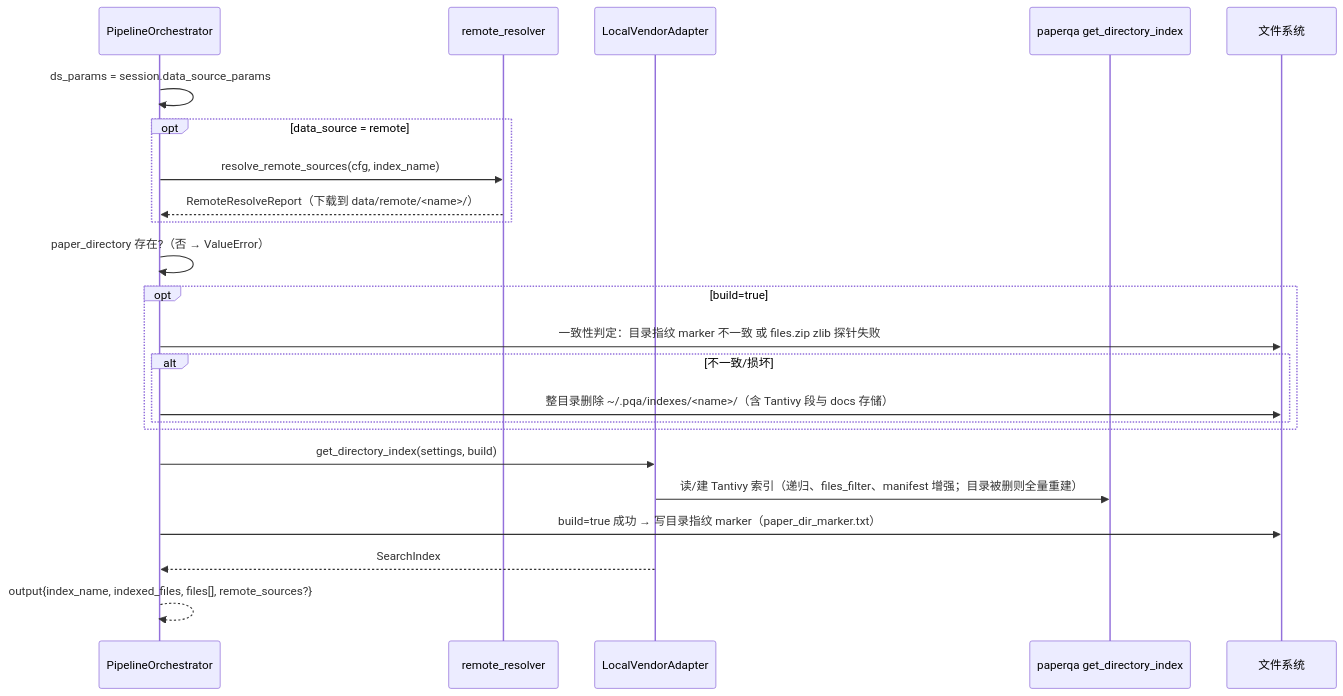
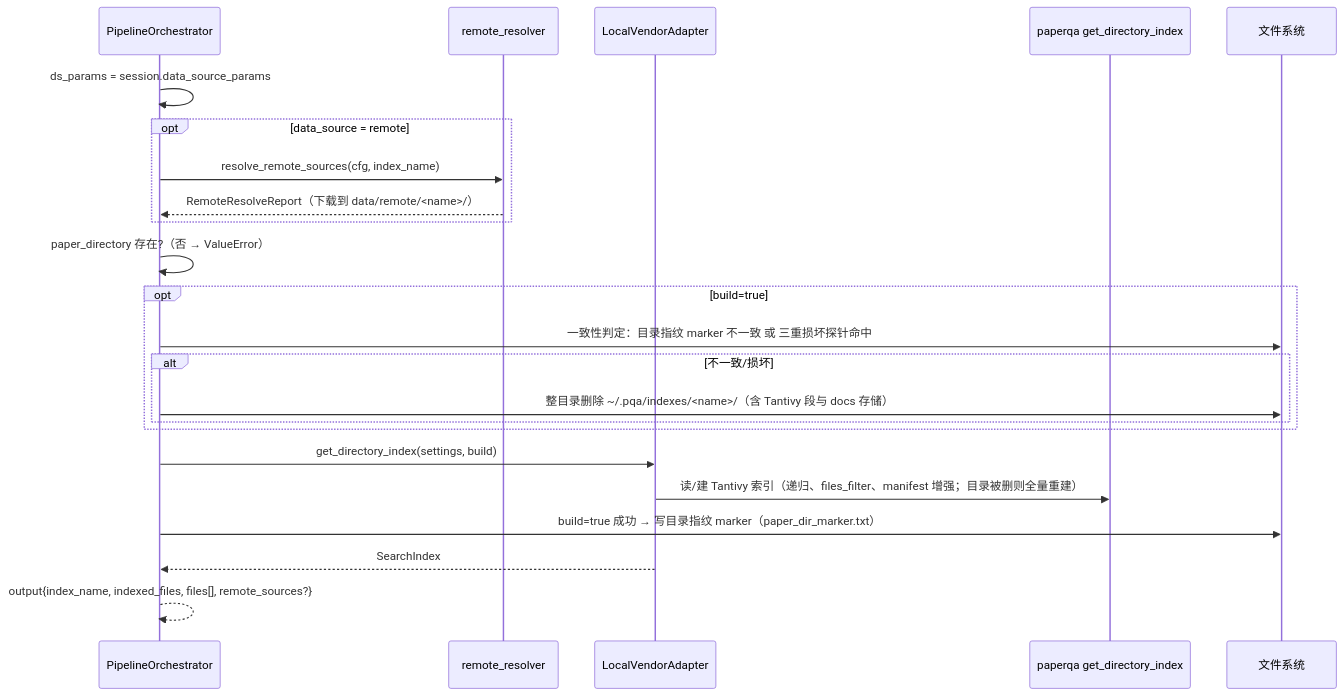
The third of 6 diagrams in docs/4-ALGORITHM.MD (PaperStrange/PaperReadingAgent), drawn with Mermaid before and after one commit. The commit also changed other lines of this file and 16 other files, not shown here.

````diff
--- a/docs/4-ALGORITHM.MD
+++ b/docs/4-ALGORITHM.MD
@@ -286,26 +286,26 @@
 ```mermaid
 sequenceDiagram
     participant OR as PipelineOrchestrator
     participant RS as remote_resolver
     participant EN as LocalVendorAdapter
     participant PQA as paperqa get_directory_index
     participant FS as 文件系统
 
     OR->>OR: ds_params = session.data_source_params
     opt data_source = remote
         OR->>RS: resolve_remote_sources(cfg, index_name)
         RS-->>OR: RemoteResolveReport（下载到 data/remote/<name>/）
     end
     OR->>OR: paper_directory 存在?（否 → ValueError）
     opt build=true
-        OR->>FS: 一致性判定：目录指纹 marker 不一致 或 files.zip zlib 探针失败
+        OR->>FS: 一致性判定：目录指纹 marker 不一致 或 三重损坏探针命中
         alt 不一致/损坏
             OR->>FS: 整目录删除 ~/.pqa/indexes/<name>/（含 Tantivy 段与 docs 存储）
         end
     end
     OR->>EN: get_directory_index(settings, build)
     EN->>PQA: 读/建 Tantivy 索引（递归、files_filter、manifest 增强；目录被删则全量重建）
     OR->>FS: build=true 成功 → 写目录指纹 marker（paper_dir_marker.txt）
     EN-->>OR: SearchIndex
     OR-->>OR: output{index_name, indexed_files, files[], remote_sources?}
 ```
````
